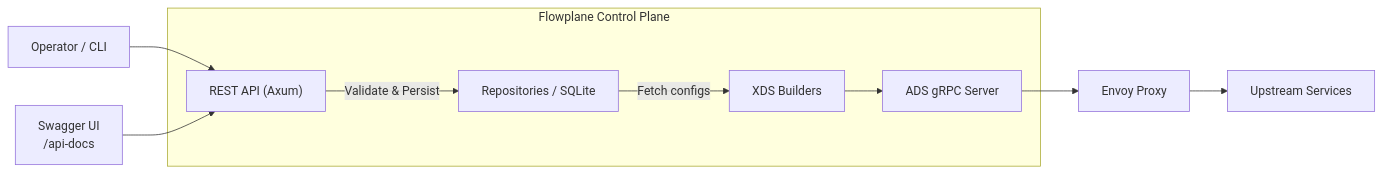
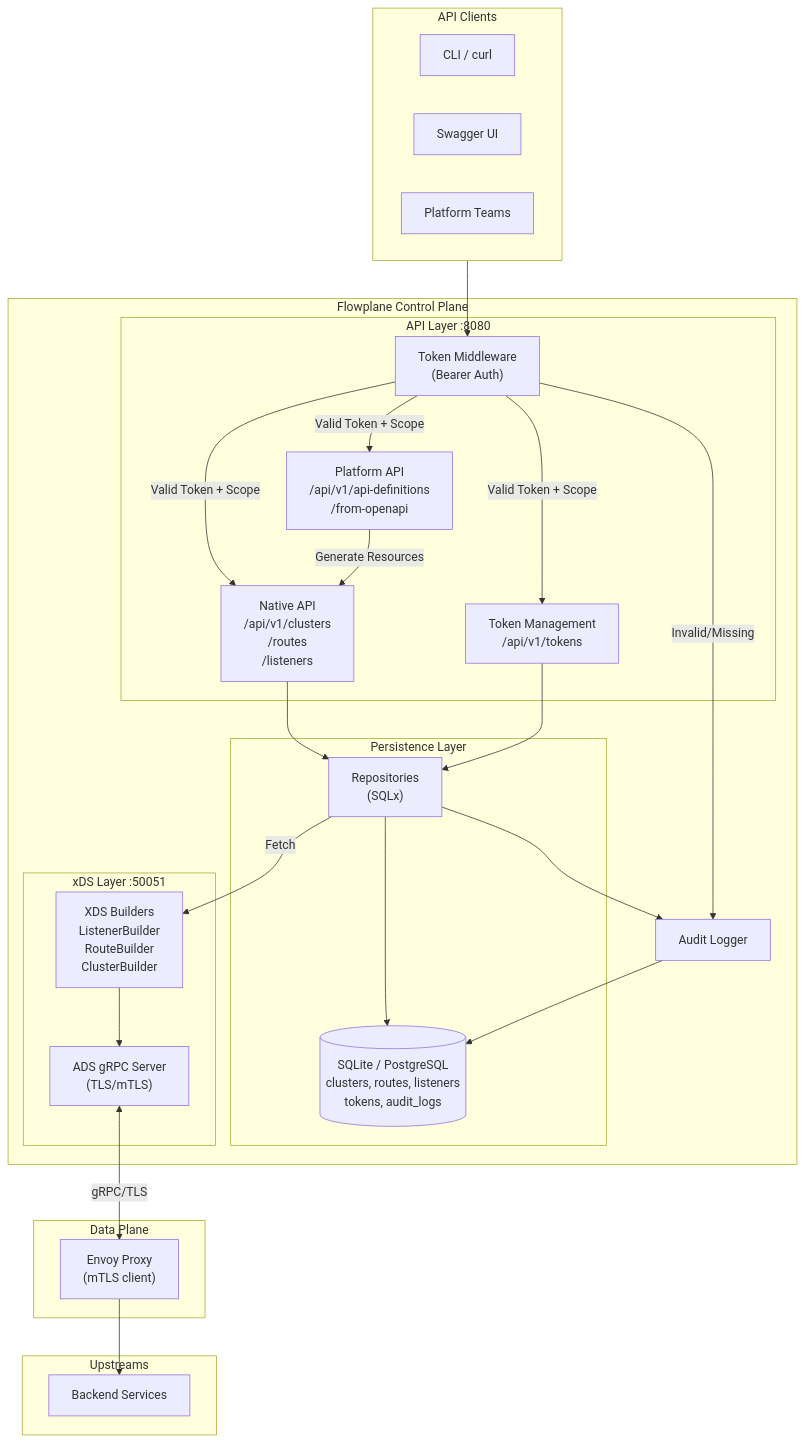
The diagram in docs/architecture.md (rajeevramani/flowplane), drawn with Mermaid before and after one commit. The commit also changed other lines of this file and 10 other files, not shown here.

````diff
--- a/docs/architecture.md
+++ b/docs/architecture.md
@@ -10,13 +21,57 @@
 ```mermaid
-flowchart LR
+flowchart TB
+    subgraph clients[API Clients]
+        cli["CLI / curl"]
+        swagger["Swagger UI"]
+        platform["Platform Teams"]
+    end
+
     subgraph control_plane[Flowplane Control Plane]
-        api["REST API (Axum)"] -->|Validate & Persist| storage["Repositories / SQLite"]
-        storage -->|Fetch configs| builders["XDS Builders"]
-        builders --> ads["ADS gRPC Server"]
+        subgraph api_layer[API Layer :8080]
+            auth["Token Middleware<br/>(Bearer Auth)"]
+            native["Native API<br/>/api/v1/clusters<br/>/routes<br/>/listeners"]
+            platform_api["Platform API<br/>/api/v1/api-definitions<br/>/from-openapi"]
+            token_mgmt["Token Management<br/>/api/v1/tokens"]
+        end
+
+        subgraph persistence[Persistence Layer]
+            storage["Repositories<br/>(SQLx)"]
+            db[("SQLite / PostgreSQL<br/>clusters, routes, listeners<br/>tokens, audit_logs")]
+        end
+
+        subgraph xds_layer[xDS Layer :50051]
+            builders["XDS Builders<br/>ListenerBuilder<br/>RouteBuilder<br/>ClusterBuilder"]
+            ads["ADS gRPC Server<br/>(TLS/mTLS)"]
+        end
+
+        audit["Audit Logger"]
     end
-    operator["Operator / CLI"] --> api
-    swagger["Swagger UI<br/>/api-docs"] --> api
-    ads --> envoy["Envoy Proxy"]
-    envoy --> services["Upstream Services"]
 
+    subgraph data_plane[Data Plane]
+        envoy["Envoy Proxy<br/>(mTLS client)"]
+    end
+
+    subgraph upstreams[Upstreams]
+        services["Backend Services"]
+    end
+
+    clients --> auth
+    auth -->|Valid Token + Scope| native
+    auth -->|Valid Token + Scope| platform_api
+    auth -->|Valid Token + Scope| token_mgmt
+    auth -->|Invalid/Missing| audit
+
+    native --> storage
+    platform_api -->|Generate Resources| native
+    token_mgmt --> storage
+
+    storage --> db
+    storage --> audit
+    audit --> db
+
+    storage -->|Fetch| builders
+    builders --> ads
+
+    ads <-->|gRPC/TLS| envoy
+    envoy --> services
 ```
````
